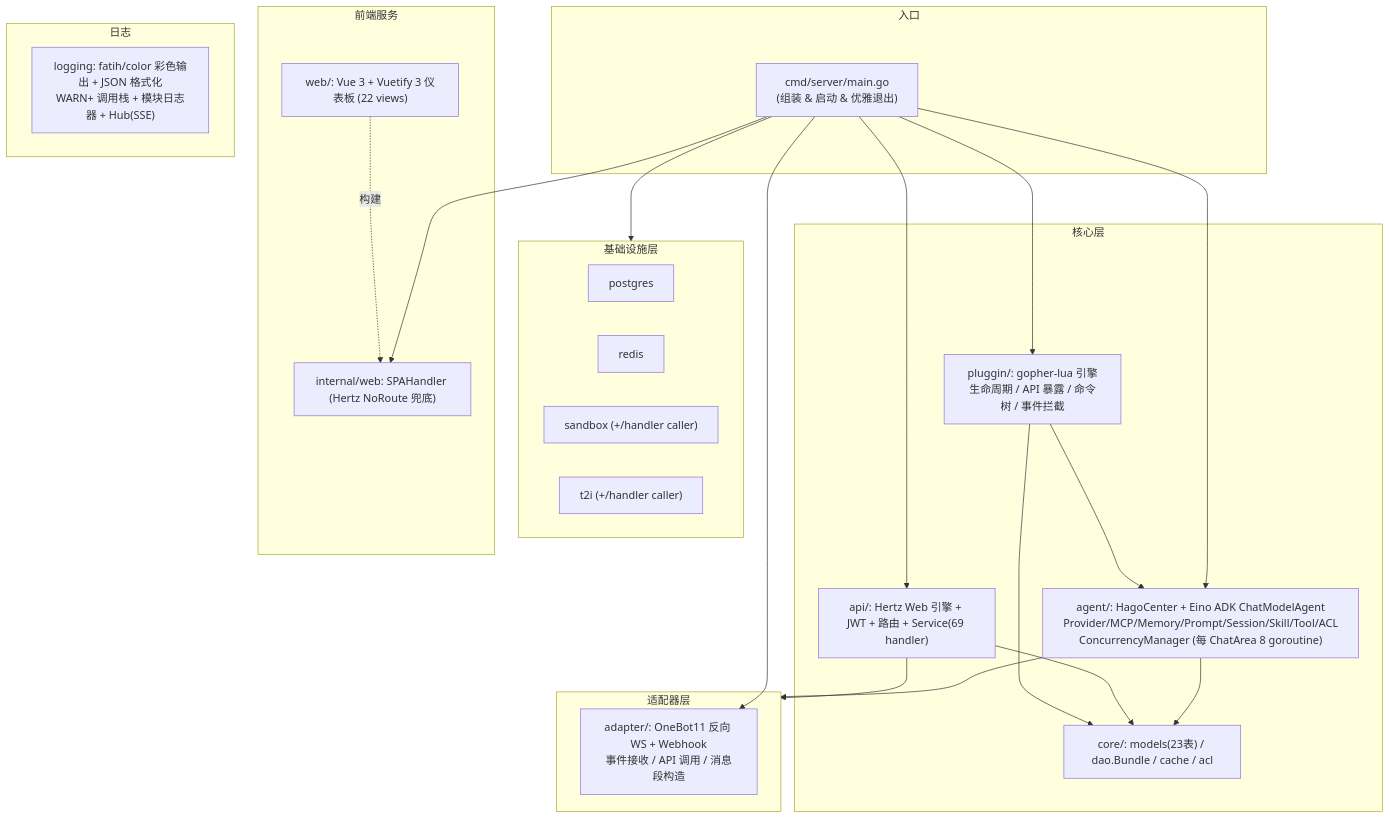
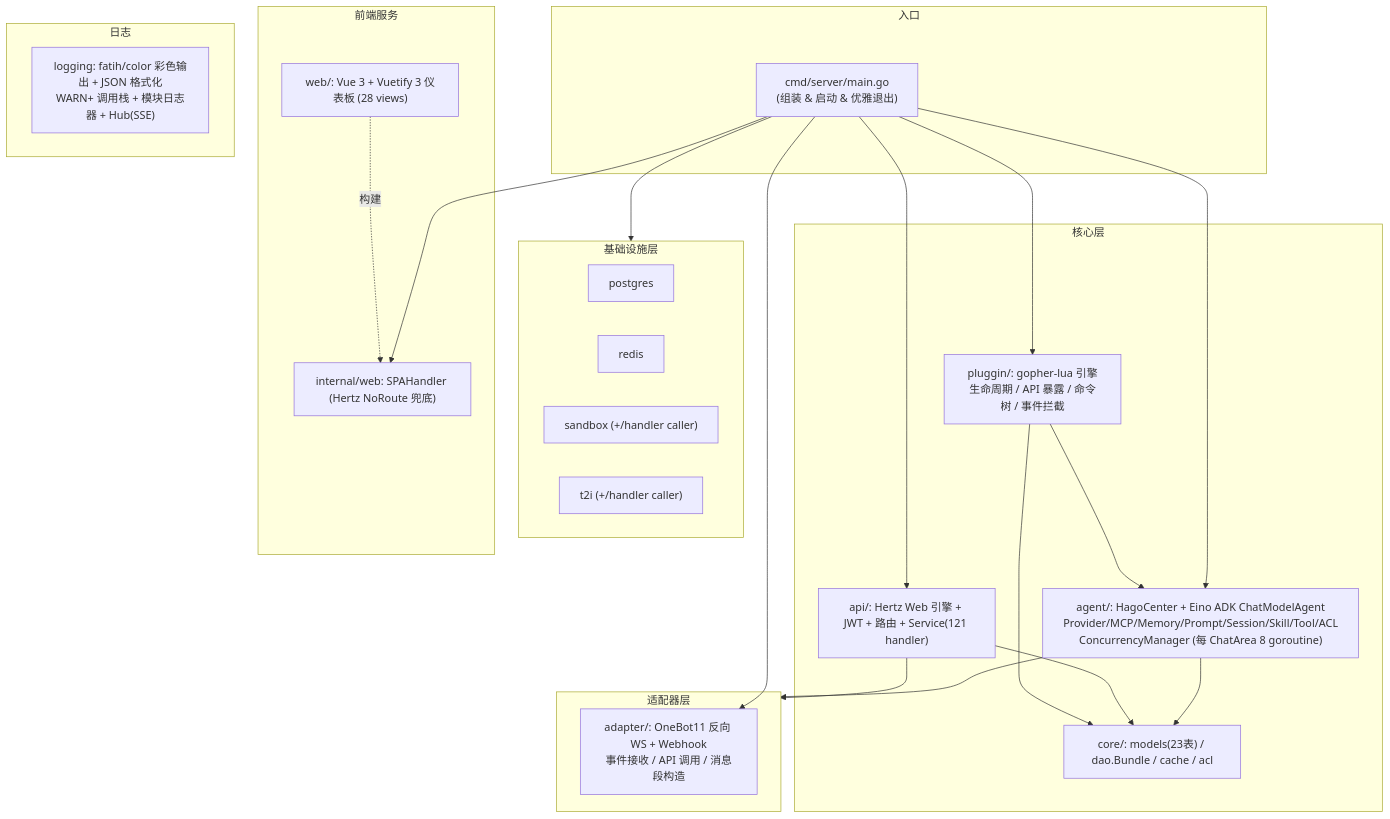
One commit to JuanNiangDev/JuanNiang-Neo changed the first of 14 diagrams in docs/project-details.md. Above: the diagram before and after it, drawn with Mermaid. The commit also changed other lines of this file and 4 other files, not shown here.

````diff
--- a/docs/project-details.md
+++ b/docs/project-details.md
@@ -13,42 +13,42 @@
 ```mermaid
 flowchart TB
   subgraph Entry["入口"]
     Main["cmd/server/main.go<br/>(组装 & 启动 & 优雅退出)"]
   end
   subgraph Adapter["适配器层"]
     OB["adapter/: OneBot11 反向 WS + Webhook<br/>事件接收 / API 调用 / 消息段构造"]
   end
   subgraph Core["核心层"]
-    API["api/: Hertz Web 引擎 + JWT + 路由 + Service(69 handler)"]
+    API["api/: Hertz Web 引擎 + JWT + 路由 + Service(121 handler)"]
     Plugin["pluggin/: gopher-lua 引擎<br/>生命周期 / API 暴露 / 命令树 / 事件拦截"]
     Agent["agent/: HagoCenter + Eino ADK ChatModelAgent<br/>Provider/MCP/Memory/Prompt/Session/Skill/Tool/ACL<br/>ConcurrencyManager (每 ChatArea 8 goroutine)"]
     CoreLib["core/: models(23表) / dao.Bundle / cache / acl"]
   end
   subgraph Infra["基础设施层"]
     PG["postgres"]
     Red["redis"]
     SB["sandbox (+/handler caller)"]
     T2I["t2i (+/handler caller)"]
   end
   subgraph Web["前端服务"]
     SPA["internal/web: SPAHandler (Hertz NoRoute 兜底)"]
-    FE["web/: Vue 3 + Vuetify 3 仪表板 (22 views)"]
+    FE["web/: Vue 3 + Vuetify 3 仪表板 (28 views)"]
   end
   subgraph Logging["日志"]
     LogHub["logging: fatih/color 彩色输出 + JSON 格式化<br/>WARN+ 调用栈 + 模块日志器 + Hub(SSE)"]
   end
 
   Main --> OB
   Main --> Agent
   Main --> API
   Main --> Plugin
   Main --> SPA
   Main --> Infra
   Agent --> CoreLib
   API --> CoreLib
   Plugin --> CoreLib
   Plugin --> Agent
   Agent --> Adapter
   API --> Adapter
   FE -.构建.-> SPA
 ```
````
